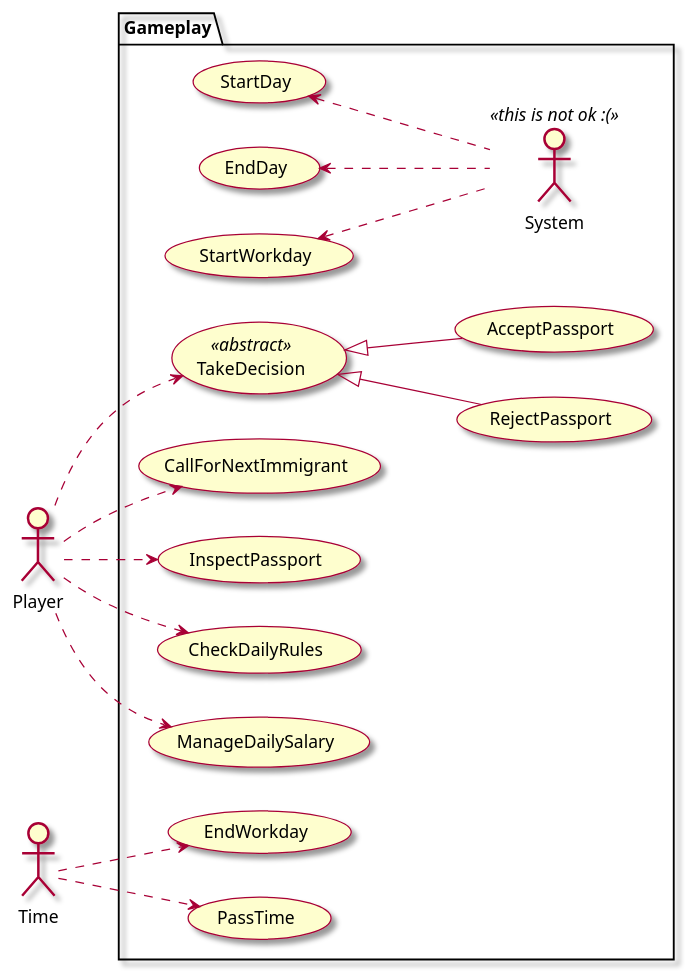
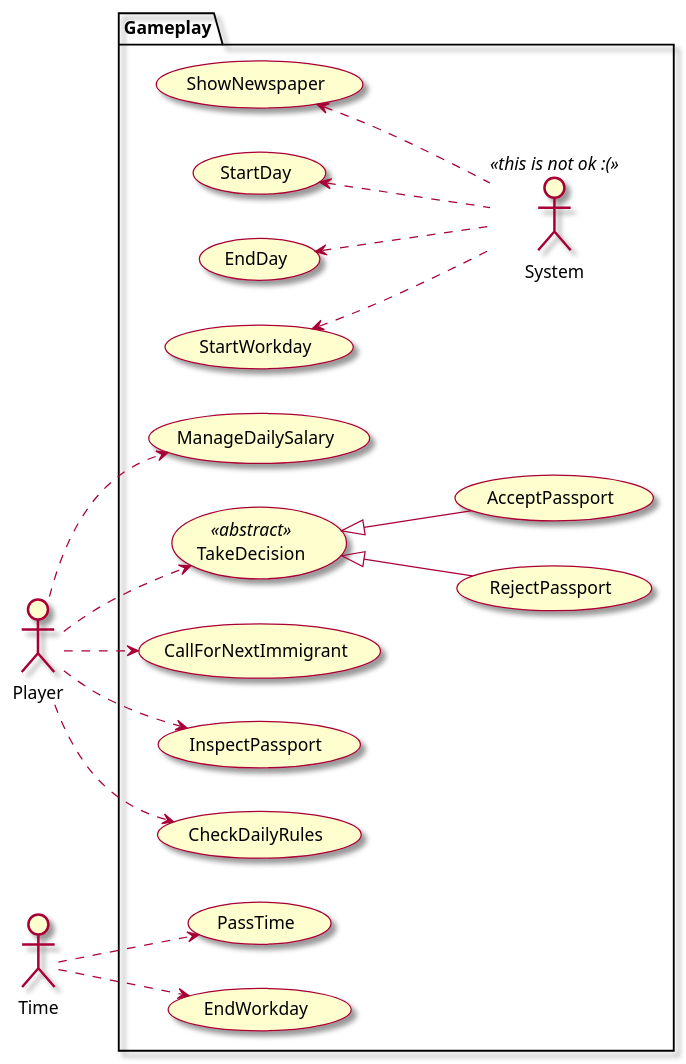
The diagram in Assets/PapersPlease/Documentation~/UseCases.puml (ivarovin/PapersPlease_LearningProject), drawn with PlantUML before and after one commit. The commit also changed 1 other file, not shown here.

Commit message:
docs: introduce show newspaper as a use case

```diff
--- a/Assets/PapersPlease/Documentation~/UseCases.puml
+++ b/Assets/PapersPlease/Documentation~/UseCases.puml
@@ -1,42 +1,44 @@
 @startuml
 skin rose
 left to right direction
 
 actor Player
 actor Time
 
 package Gameplay{
     usecase CallForNextImmigrant
     usecase AcceptPassport
     usecase RejectPassport
     usecase InspectPassport
     usecase TakeDecision  <<abstract>> 
     usecase EndDay
     usecase StartDay
     usecase StartWorkday
+    usecase ShowNewspaper
     usecase EndWorkday
     usecase PassTime
     usecase CheckDailyRules
     usecase ManageDailySalary
 
     AcceptPassport -u-|> TakeDecision
     RejectPassport -u-|> TakeDecision
     
     actor System <<this is not ok :(>>
     
     System .u.> StartWorkday
     System .u.> EndDay
     System .u.> StartDay
+    System .u.> ShowNewspaper
 }
 
 Player ..> CallForNextImmigrant
 Player ..> InspectPassport
 Player ..> TakeDecision
 Player ..> ManageDailySalary
 Player ..> CheckDailyRules
 
 Time ..> EndWorkday
 Time ..> PassTime
 
 
 @enduml
```
